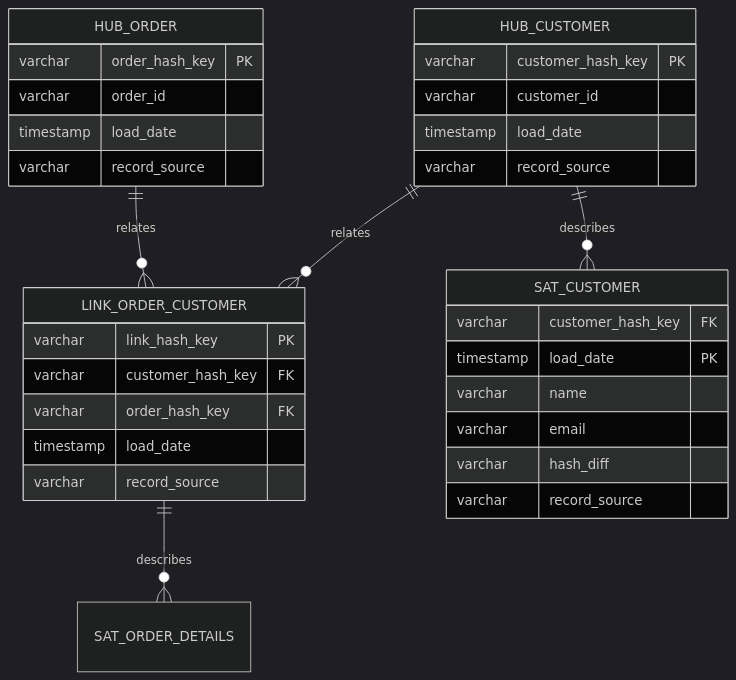
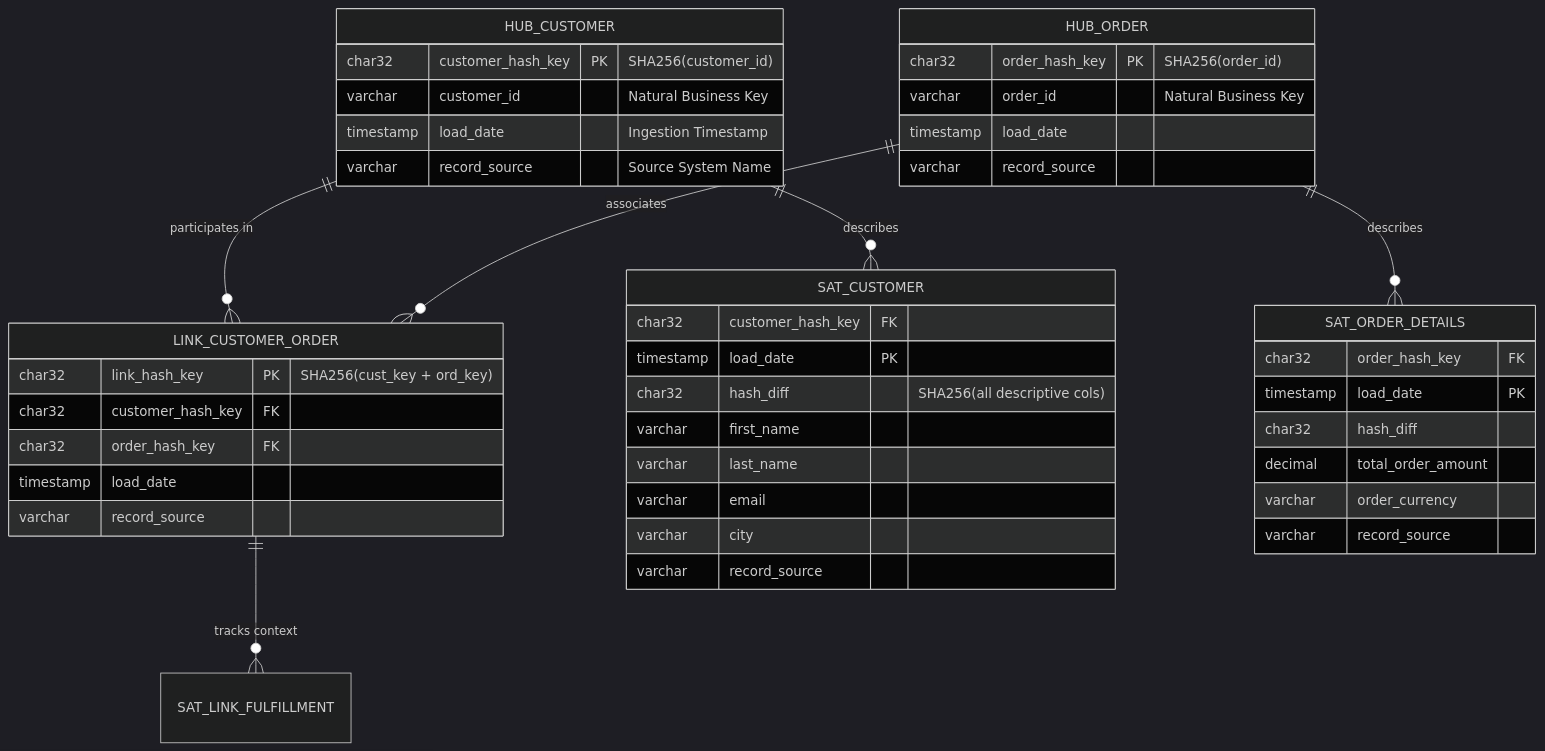
One commit to joydeep-biswas/Interview-Preparation changed diagram 17 of 30 in Data Engineering/06_data_architecture_and_modeling.md. Above: the diagram before and after it, drawn with Mermaid. The commit also changed other lines of this file and 143 other files, not shown here.

````diff
--- a/Data Engineering/06_data_architecture_and_modeling.md
+++ b/Data Engineering/06_data_architecture_and_modeling.md
@@ -864,36 +1249,51 @@
 ```mermaid
 %%{init: {'theme': 'dark', 'themeVariables': { 'attributeBackgroundColorOdd': '#1e293b', 'attributeBackgroundColorEven': '#0f172a', 'entityBackgroundColor': '#1e293b', 'entityBorderColor': '#3b82f6', 'entityTextColor': '#ffffff' }}}%%
 erDiagram
-    HUB_CUSTOMER ||--o{ LINK_ORDER_CUSTOMER : "relates"
-    HUB_ORDER ||--o{ LINK_ORDER_CUSTOMER : "relates"
+    HUB_CUSTOMER ||--o{ LINK_CUSTOMER_ORDER : "participates in"
+    HUB_ORDER ||--o{ LINK_CUSTOMER_ORDER : "associates"
     HUB_CUSTOMER ||--o{ SAT_CUSTOMER : "describes"
-    LINK_ORDER_CUSTOMER ||--o{ SAT_ORDER_DETAILS : "describes"
+    HUB_ORDER ||--o{ SAT_ORDER_DETAILS : "describes"
+    LINK_CUSTOMER_ORDER ||--o{ SAT_LINK_FULFILLMENT : "tracks context"
 
     HUB_CUSTOMER {
-        varchar customer_hash_key PK
-        varchar customer_id
+        char32 customer_hash_key PK "SHA256(customer_id)"
+        varchar customer_id "Natural Business Key"
+        timestamp load_date "Ingestion Timestamp"
+        varchar record_source "Source System Name"
+    }
+
+    HUB_ORDER {
+        char32 order_hash_key PK "SHA256(order_id)"
+        varchar order_id "Natural Business Key"
         timestamp load_date
         varchar record_source
     }
-    HUB_ORDER {
-        varchar order_hash_key PK
-        varchar order_id
+
+    LINK_CUSTOMER_ORDER {
+        char32 link_hash_key PK "SHA256(cust_key + ord_key)"
+        char32 customer_hash_key FK
+        char32 order_hash_key FK
         timestamp load_date
         varchar record_source
     }
-    LINK_ORDER_CUSTOMER {
-        varchar link_hash_key PK
-        varchar customer_hash_key FK
-        varchar order_hash_key FK
-        timestamp load_date
+
+    SAT_CUSTOMER {
+        char32 customer_hash_key FK
+        timestamp load_date PK
+        char32 hash_diff "SHA256(all descriptive cols)"
+        varchar first_name
+        varchar last_name
+        varchar email
+        varchar city
         varchar record_source
     }
-    SAT_CUSTOMER {
-        varchar customer_hash_key FK
+
+    SAT_ORDER_DETAILS {
+        char32 order_hash_key FK
         timestamp load_date PK
-        varchar name
-        varchar email
-        varchar hash_diff
+        char32 hash_diff
+        decimal total_order_amount
+        varchar order_currency
         varchar record_source
     }
 ```
````
